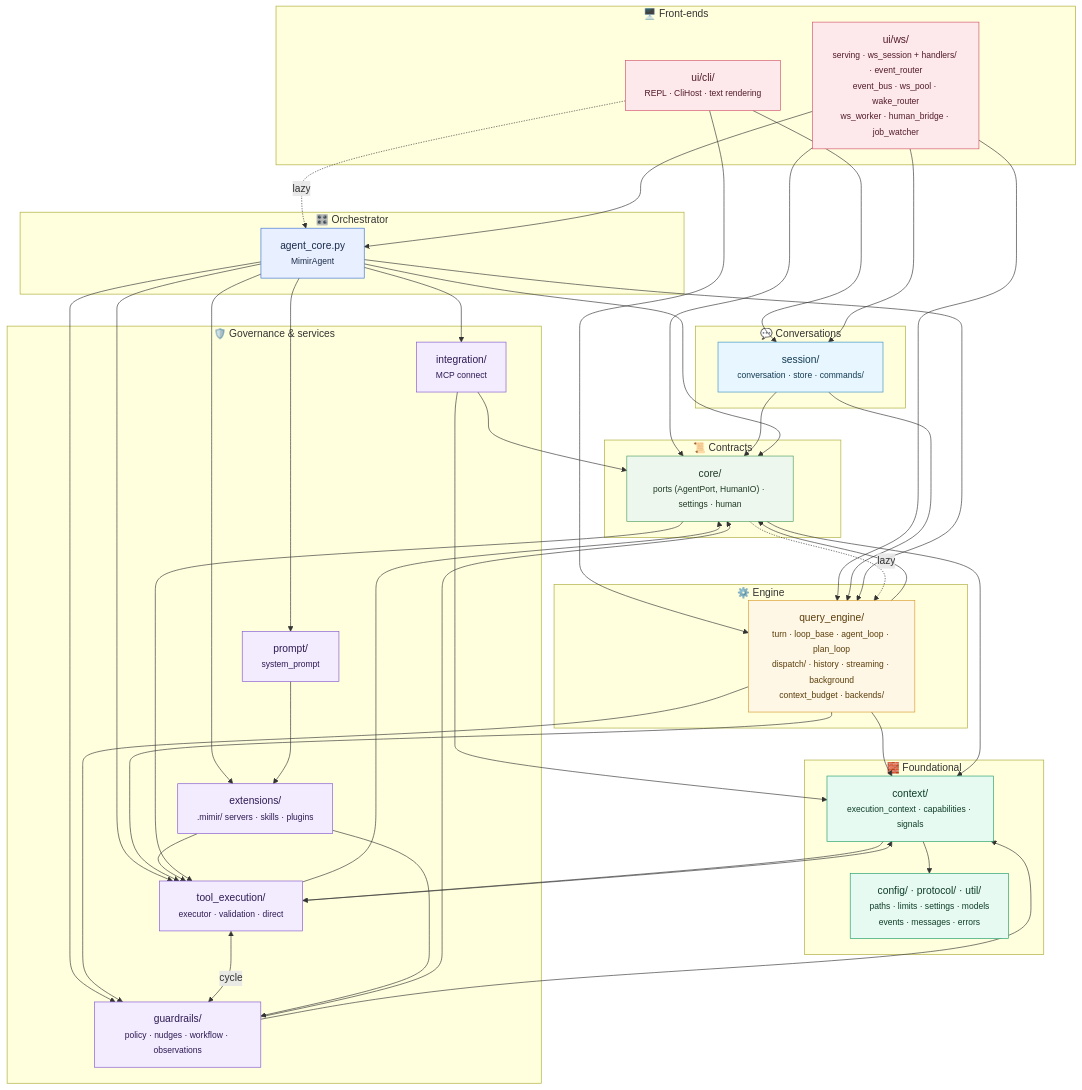
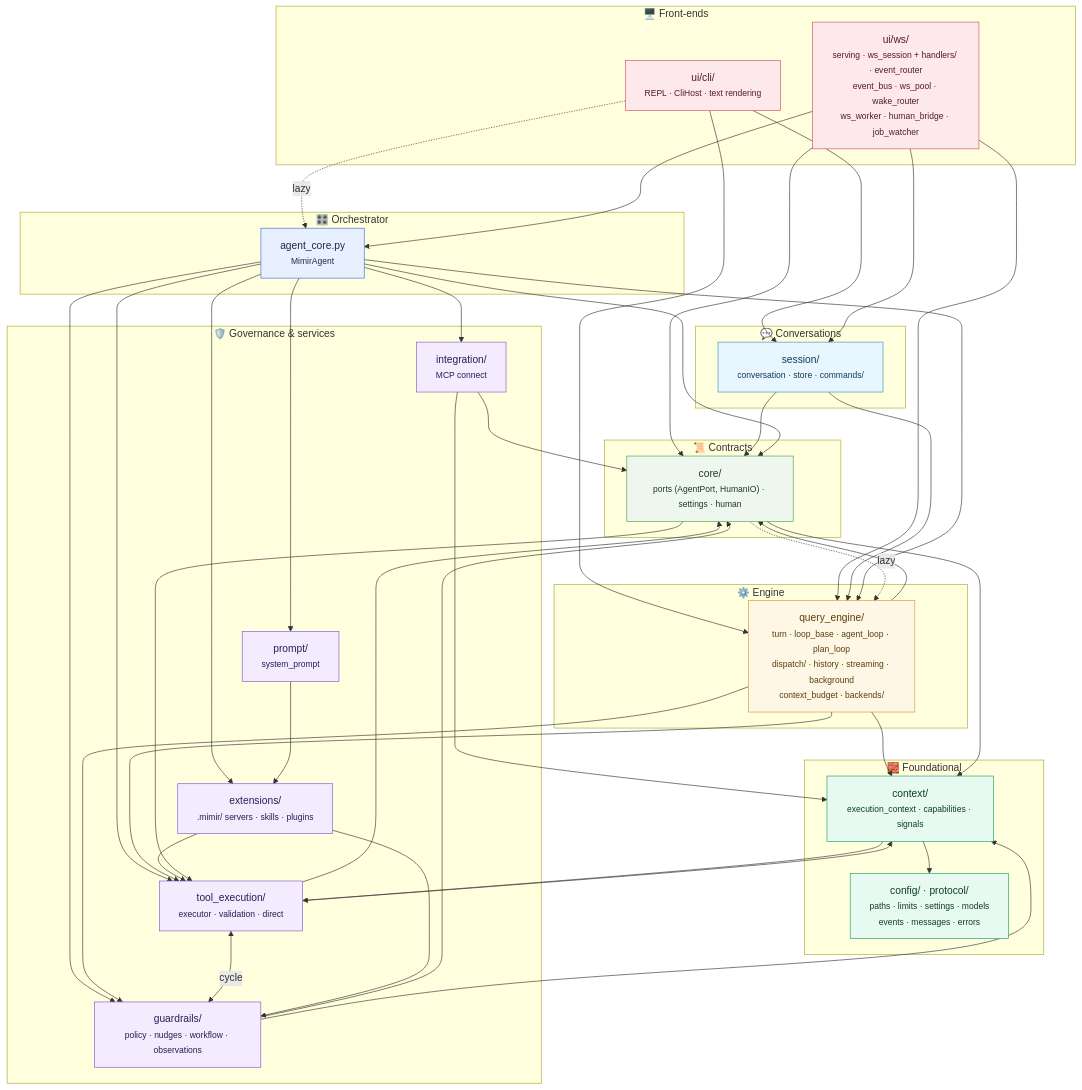
Before and after one commit to MIMIR-LLM4CSE/MIMIR: the diagram in ARCHITECTURE.md, drawn with Mermaid. The commit also changed other lines of this file and 34 other files, not shown here.

```diff
--- a/ARCHITECTURE.md
+++ b/ARCHITECTURE.md
@@ -37,7 +37,7 @@
     end
     subgraph FND["🧱 Foundational"]
         ctx["context/<br/><small>execution_context · capabilities · signals</small>"]
-        cfg["config/ · protocol/ · util/<br/><small>paths · limits · settings · models<br/>events · messages · errors</small>"]
+        cfg["config/ · protocol/<br/><small>paths · limits · settings · models<br/>events · messages · errors</small>"]
     end
 
     cli --> session
```
